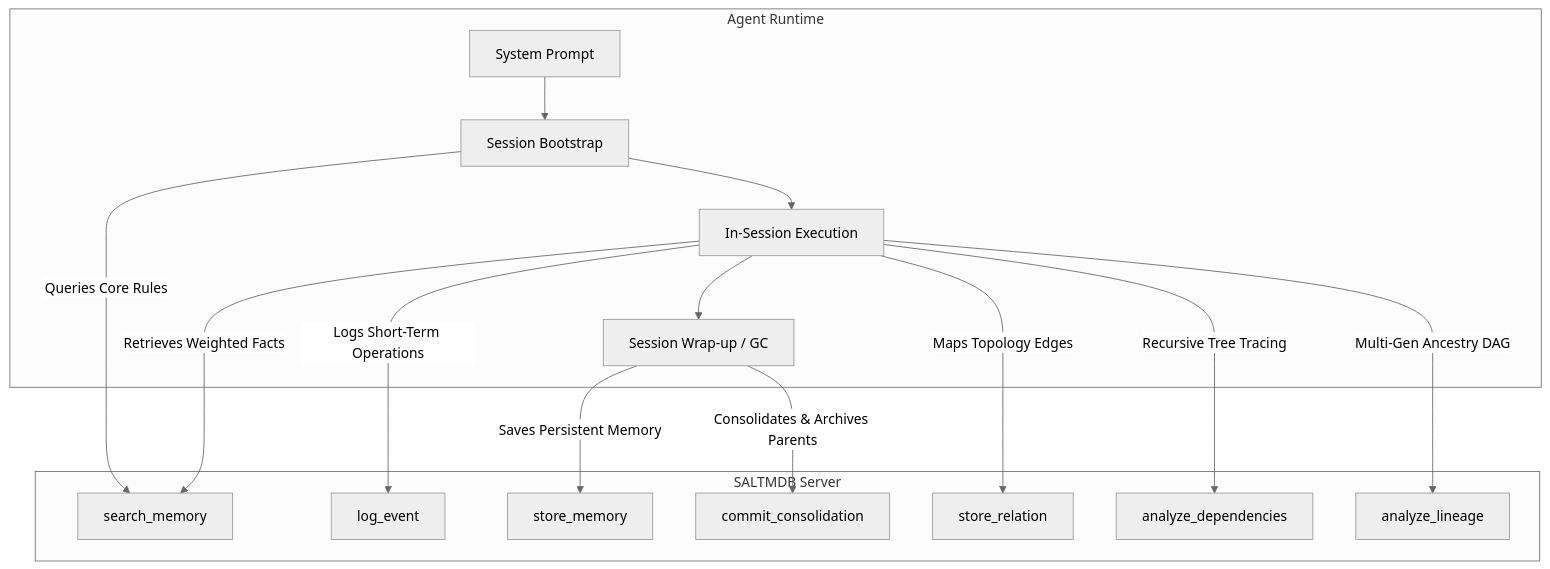
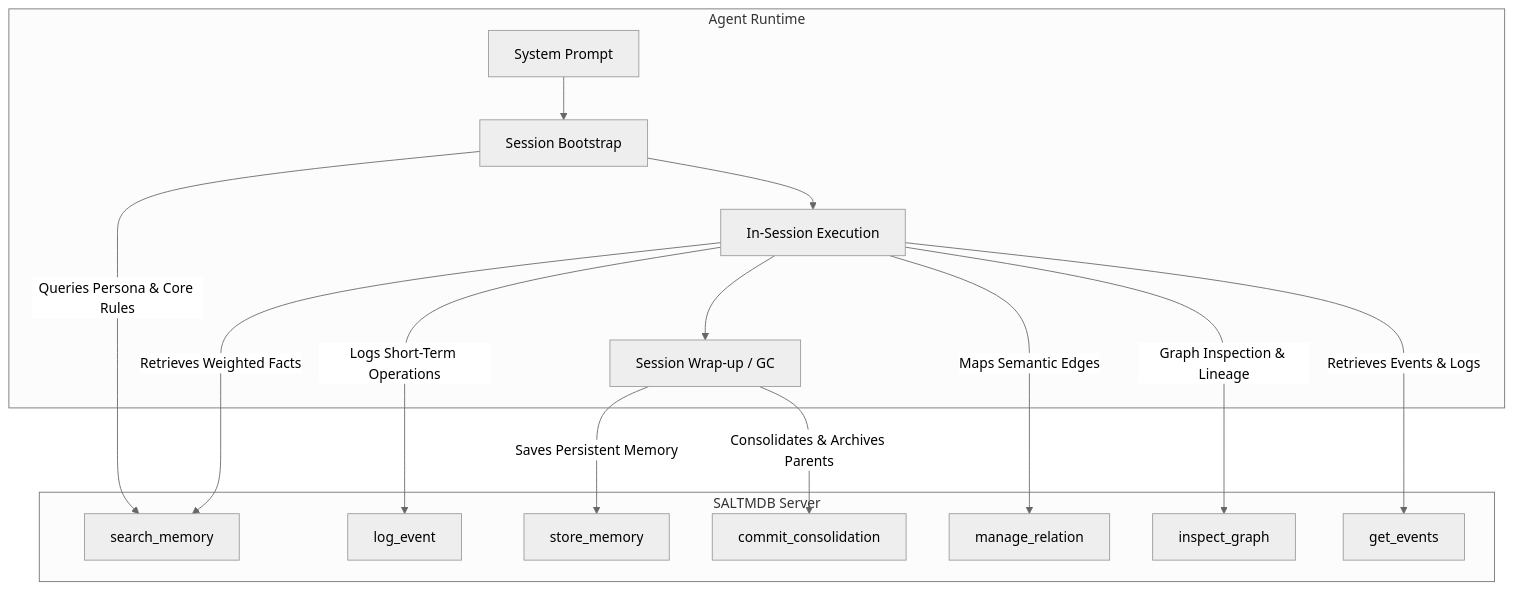
The first of 2 diagrams in AGENT_GUIDE.md (zbalint/SALTMDB), drawn with Mermaid (neutral theme) before and after one commit. The commit also changed other lines of this file, not shown here.

Commit message:
docs: align AGENT_GUIDE.md with consolidated 10 MCP tools and system prompt rules

````diff
--- a/AGENT_GUIDE.md
+++ b/AGENT_GUIDE.md
@@ -11,18 +11,18 @@
 ```mermaid
 graph TD
     subgraph Client [Agent Runtime]
         A[System Prompt] --> B[Session Bootstrap]
         B --> C[In-Session Execution]
         C --> D[Session Wrap-up / GC]
     end
     subgraph MCP [SALTMDB Server]
-        B -->|Queries Core Rules| E[search_memory]
+        B -->|Queries Persona & Core Rules| E[search_memory]
         C -->|Logs Short-Term Operations| F[log_event]
         C -->|Retrieves Weighted Facts| E
         D -->|Saves Persistent Memory| G[store_memory]
         D -->|Consolidates & Archives Parents| H[commit_consolidation]
-        C -->|Maps Topology Edges| I[store_relation]
-        C -->|Recursive Tree Tracing| J[analyze_dependencies]
-        C -->|Multi-Gen Ancestry DAG| K[analyze_lineage]
+        C -->|Maps Semantic Edges| I[manage_relation]
+        C -->|Graph Inspection & Lineage| J[inspect_graph]
+        C -->|Retrieves Events & Logs| K[get_events]
     end
 ```
````
